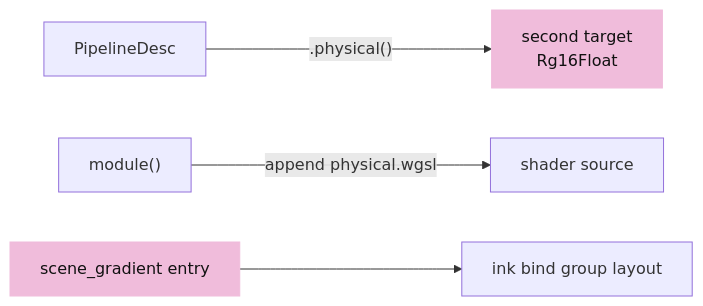
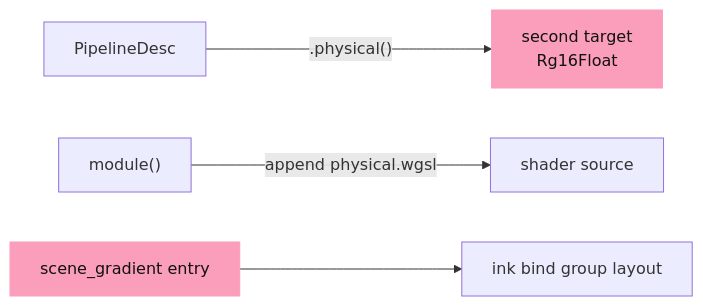
Diagram 12 of 15 in session_viewer/docs/05-visibility.md (petrasvestartas/session), drawn with Mermaid before and after one commit. The commit also changed other lines of this file and 328 other files, not shown here.

First line of the commit message:
Course: the palette you sent, and mermaid drawn like the drawings

````diff
--- a/session_viewer/docs/05-visibility.md
+++ b/session_viewer/docs/05-visibility.md
@@ -274,8 +274,8 @@
 ```mermaid
 flowchart LR
     D["PipelineDesc"] -- ".physical()" --> P["second target<br/>Rg16Float"]
     M["module()"] -- "append physical.wgsl" --> S["shader source"]
     L["scene_gradient entry"] --> B["ink bind group layout"]
-    style P fill:#f0bcdb,stroke:#f0bcdb,color:#111
-    style L fill:#f0bcdb,stroke:#f0bcdb,color:#111
+    style P fill:#fa9ebc,stroke:#fa9ebc,color:#111
+    style L fill:#fa9ebc,stroke:#fa9ebc,color:#111
 ```
````
